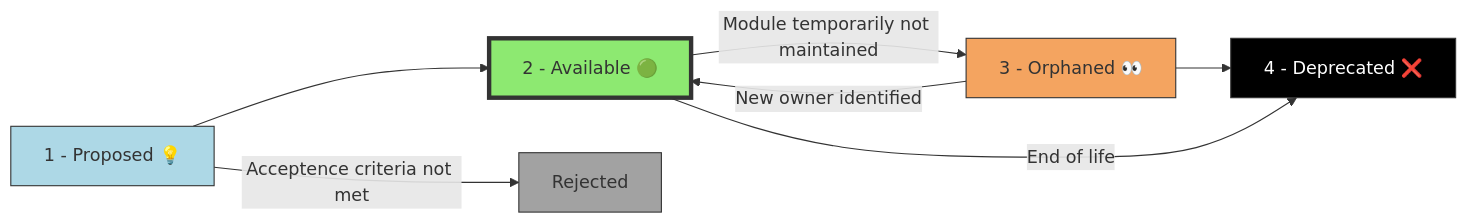
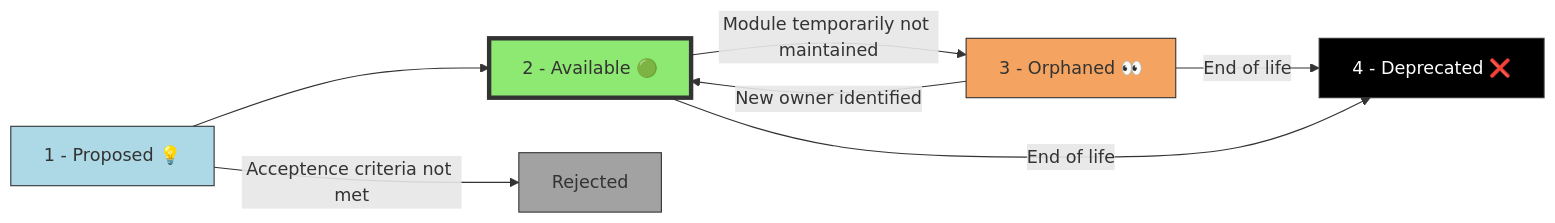
One commit to Azure/Azure-Verified-Modules changed the diagram in docs/content/specs-defs/module-lifecycle.md. Above: the diagram before and after it, drawn with Mermaid. The commit also changed other lines of this file, not shown here.

Commit message:
minor doc updates

```diff
--- a/docs/content/specs-defs/module-lifecycle.md
+++ b/docs/content/specs-defs/module-lifecycle.md
@@ -9,14 +9,14 @@
 {{< mermaid zoom="false">}}
 flowchart LR
     Proposed["1 - Proposed 💡"] --> Available["2 - Available 🟢"]
-    Proposed -->|Acceptence criteria not met| Rejected[Rejected]
-    Available -->|Module temporarily not maintained| Orphaned["3 - Orphaned 👀"]
-    Orphaned --> Deprecated["4 - Deprecated ❌"]
-    Orphaned -->|New owner identified| Available
-    Available -->|End of life| Deprecated
+    Proposed --> |Acceptence criteria not met| Rejected[Rejected]
+    Available --> |Module temporarily not maintained| Orphaned["3 - Orphaned 👀"]
+    Orphaned --> |End of life| Deprecated["4 - Deprecated ❌"]
+    Orphaned --> |New owner identified| Available
+    Available --> |End of life| Deprecated
     style Proposed fill:#ADD8E6,stroke:#333,stroke-width:1px
     style Orphaned fill:#F4A460,stroke:#333,stroke-width:1px
     style Available fill:#8DE971,stroke:#333,stroke-width:4px
     style Deprecated fill:#000000,stroke:#333,stroke-width:1px,color:#fff
     style Rejected fill:#A2A2A2,stroke:#333,stroke-width:1px
 {{< /mermaid >}}
```
